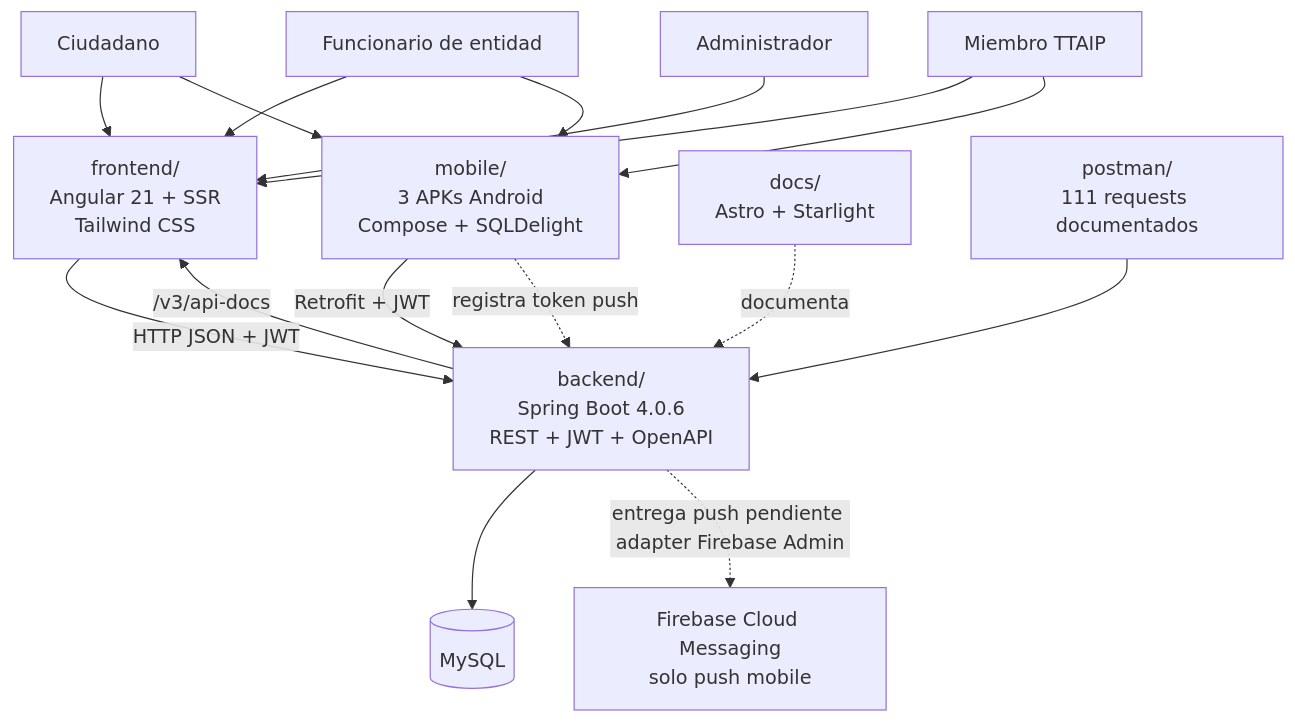
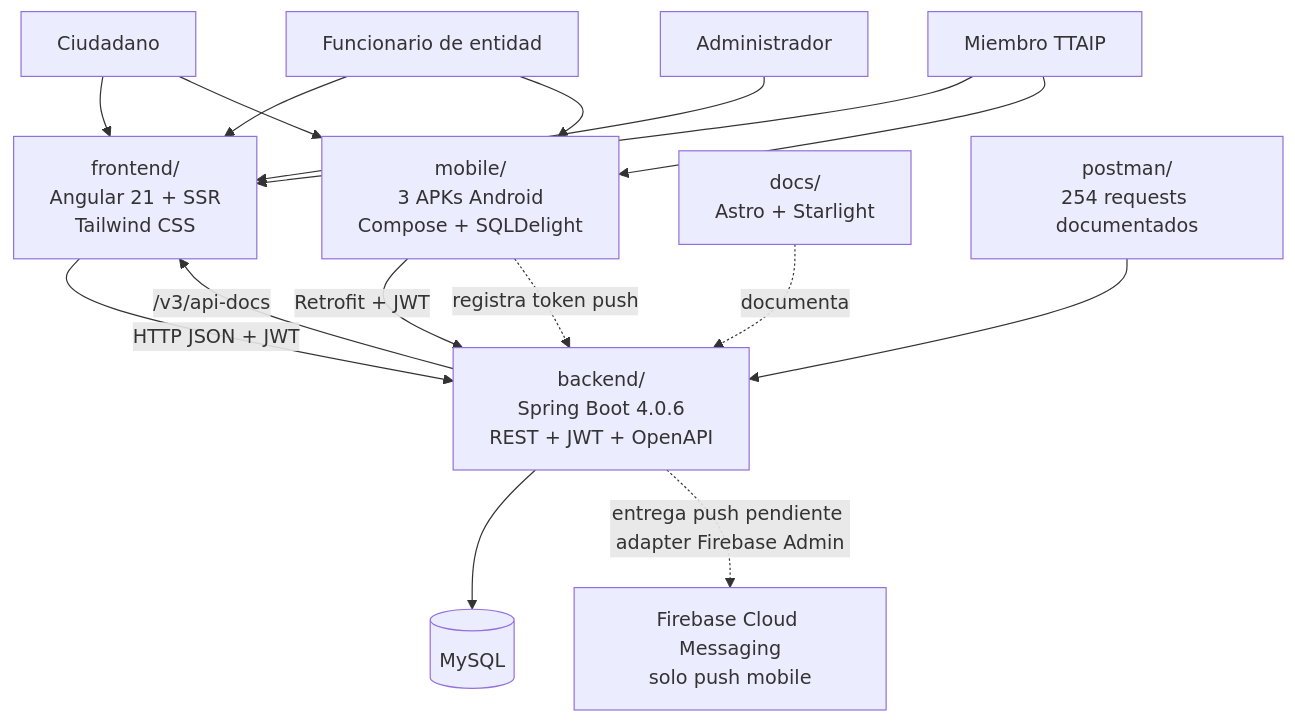
Before and after one commit to transparenciapublicadev/plataforma-saip-apelaciones: the first of 2 diagrams in docs/src/content/docs/index.mdx, drawn with Mermaid. The commit also changed other lines of this file and 5 other files, not shown here.

````diff
--- a/docs/src/content/docs/index.mdx
+++ b/docs/src/content/docs/index.mdx
@@ -23,33 +23,33 @@
 ```mermaid
 flowchart TB
     Citizen["Ciudadano"]
     Officer["Funcionario de entidad"]
     Tribunal["Miembro TTAIP"]
     Admin["Administrador"]
 
     Web["frontend/\nAngular 21 + SSR\nTailwind CSS"]
     Mobile["mobile/\n3 APKs Android\nCompose + SQLDelight"]
     Docs["docs/\nAstro + Starlight"]
-    Postman["postman/\n111 requests documentados"]
+    Postman["postman/\n254 requests documentados"]
 
     API["backend/\nSpring Boot 4.0.6\nREST + JWT + OpenAPI"]
     DB[("MySQL")]
     FCM["Firebase Cloud Messaging\nsolo push mobile"]
 
     Citizen --> Web
     Citizen --> Mobile
     Officer --> Web
     Officer --> Mobile
     Tribunal --> Web
     Tribunal --> Mobile
     Admin --> Web
 
     Web -->|"HTTP JSON + JWT"| API
     Mobile -->|"Retrofit + JWT"| API
     API --> DB
     API -->|"/v3/api-docs"| Web
     Postman --> API
     Docs -. documenta .-> API
     Mobile -. registra token push .-> API
     API -. entrega push pendiente adapter Firebase Admin .-> FCM
 ```
````
